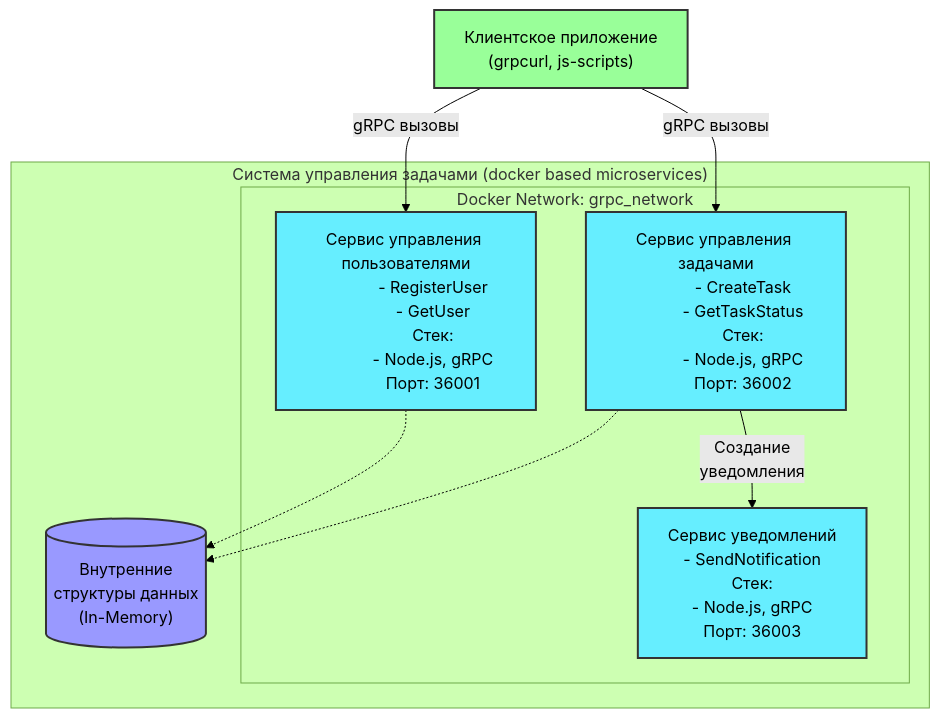
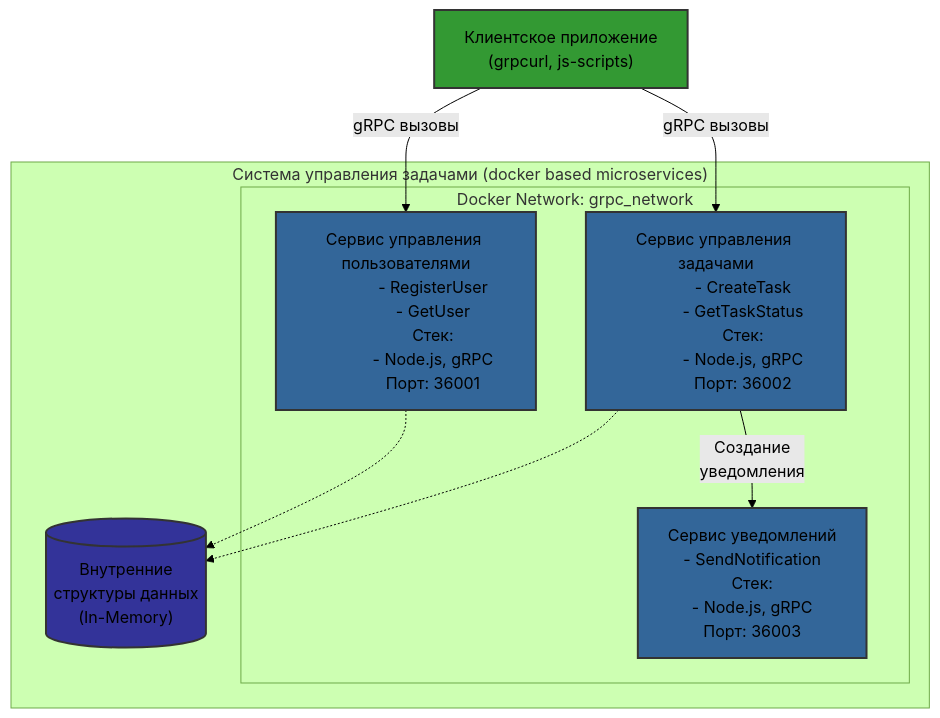
The diagram in hw7/README.md (eugenekweb/pipelineDev), drawn with Mermaid (forest theme) before and after one commit. The commit also changed 1 other file, not shown here.

````diff
--- a/hw7/README.md
+++ b/hw7/README.md
@@ -31,50 +31,50 @@
 ```mermaid
 graph TD
     subgraph "Система управления задачами (docker based microservices)"
         subgraph "Docker Network: grpc_network"
             UserService["Сервис управления пользователями
             - RegisterUser
             - GetUser
             Стек:
             - Node.js, gRPC
             Порт: 36001"]
 
             TaskService["Сервис управления задачами
             - CreateTask
             - GetTaskStatus
             Стек:
             - Node.js, gRPC
             Порт: 36002"]
 
             NotificationService["Сервис уведомлений
             - SendNotification
             Стек:
             - Node.js, gRPC
             Порт: 36003"]
         end
 
         Database[("Внутренние
         структуры данных
         (In-Memory)")]
     end
 
     Client["Клиентское приложение
     (grpcurl, js-scripts)"]
 
     Client -->|gRPC вызовы| UserService
     Client -->|gRPC вызовы| TaskService
 
     UserService -.-> Database
     TaskService -.-> Database
 
     TaskService -->|Создание
     уведомления| NotificationService
 
-    classDef service fill:#6ef,stroke:#333,stroke-width:2px;
-    classDef database fill:#99f,stroke:#333,stroke-width:2px;
-    classDef client fill:#9f9,stroke:#333,stroke-width:2px;
+    classDef service fill:#369,stroke:#333,stroke-width:2px;
+    classDef database fill:#339,stroke:#333,stroke-width:2px;
+    classDef client fill:#393,stroke:#333,stroke-width:2px;
 
     class UserService,TaskService,NotificationService service;
     class Database database;
     class Client client;
 ```
````
